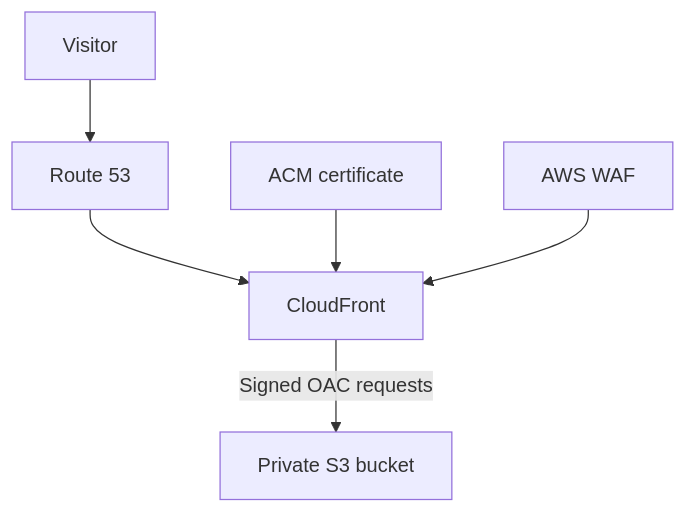
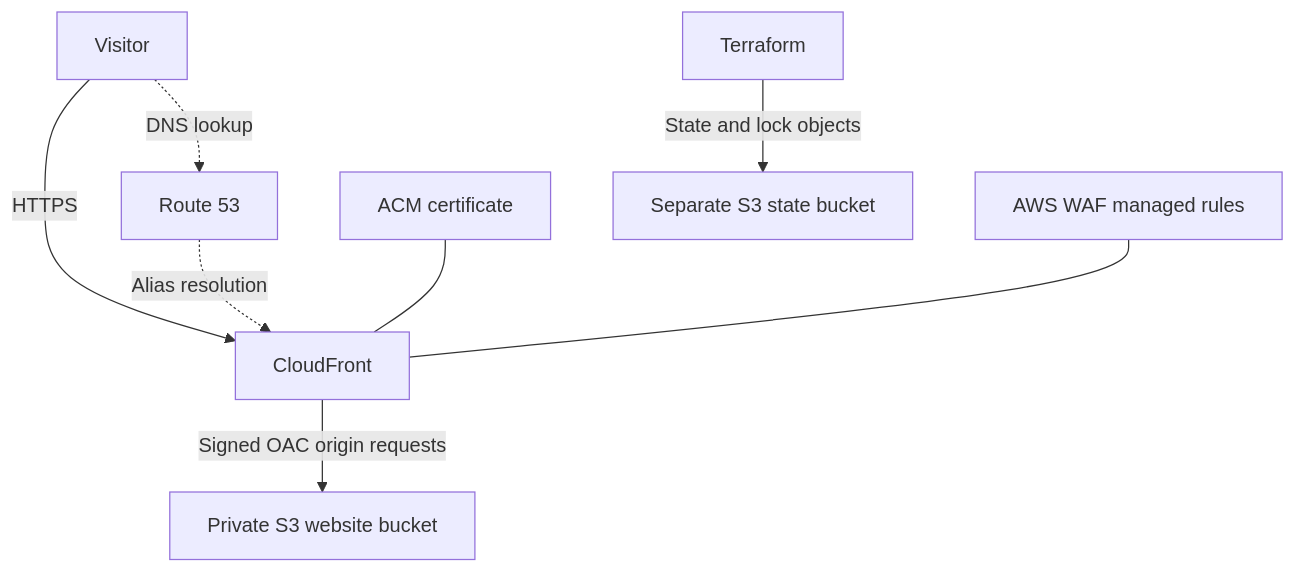
The diagram in README.md (ekincibaris/baris-hu-terraform), drawn with Mermaid before and after one commit. The commit also changed other lines of this file and 1 other file, not shown here.

````diff
--- a/README.md
+++ b/README.md
@@ -8,8 +15,10 @@
 ```mermaid
 flowchart TD
-  Visitor --> DNS[Route 53]
-  DNS --> Edge[CloudFront]
-  TLS[ACM certificate] --> Edge
-  WAF[AWS WAF] --> Edge
-  Edge -->|Signed OAC requests| Bucket[Private S3 bucket]
+    Visitor["Visitor"] -->|"HTTPS"| Edge["CloudFront"]
+    Visitor -.->|"DNS lookup"| DNS["Route 53"]
+    DNS -.->|"Alias resolution"| Edge
+    TLS["ACM certificate"] --- Edge
+    WAF["AWS WAF managed rules"] --- Edge
+    Edge -->|"Signed OAC origin requests"| Site["Private S3 website bucket"]
+    Terraform["Terraform"] -->|"State and lock objects"| State["Separate S3 state bucket"]
 ```
````
